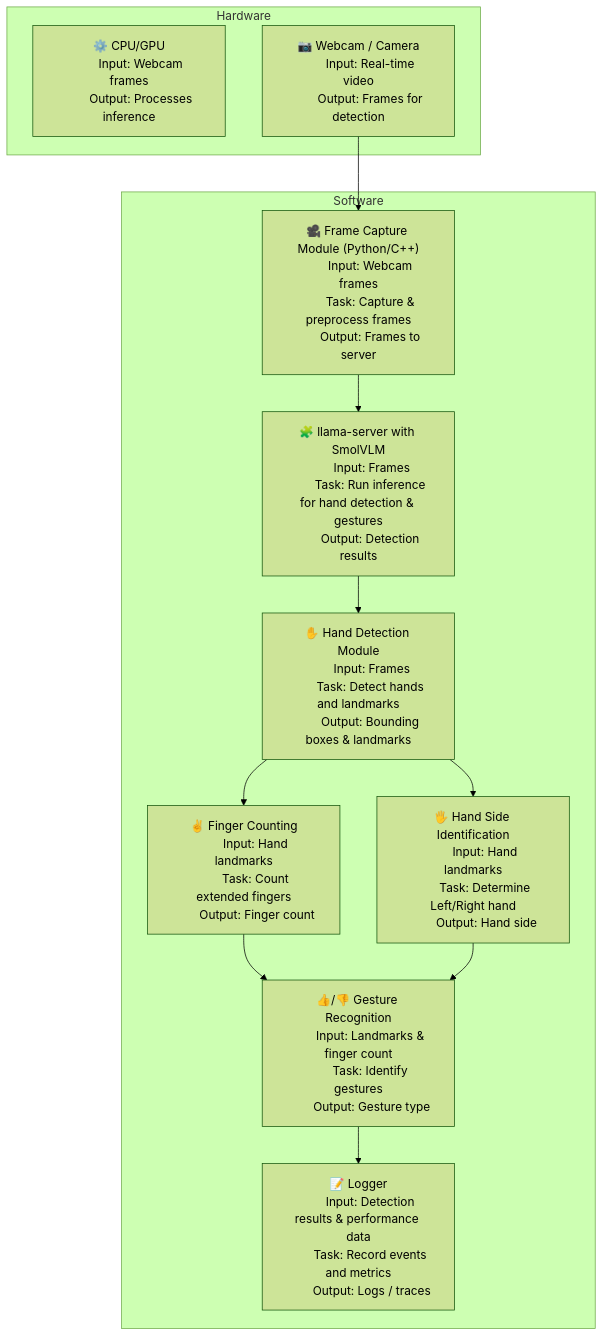
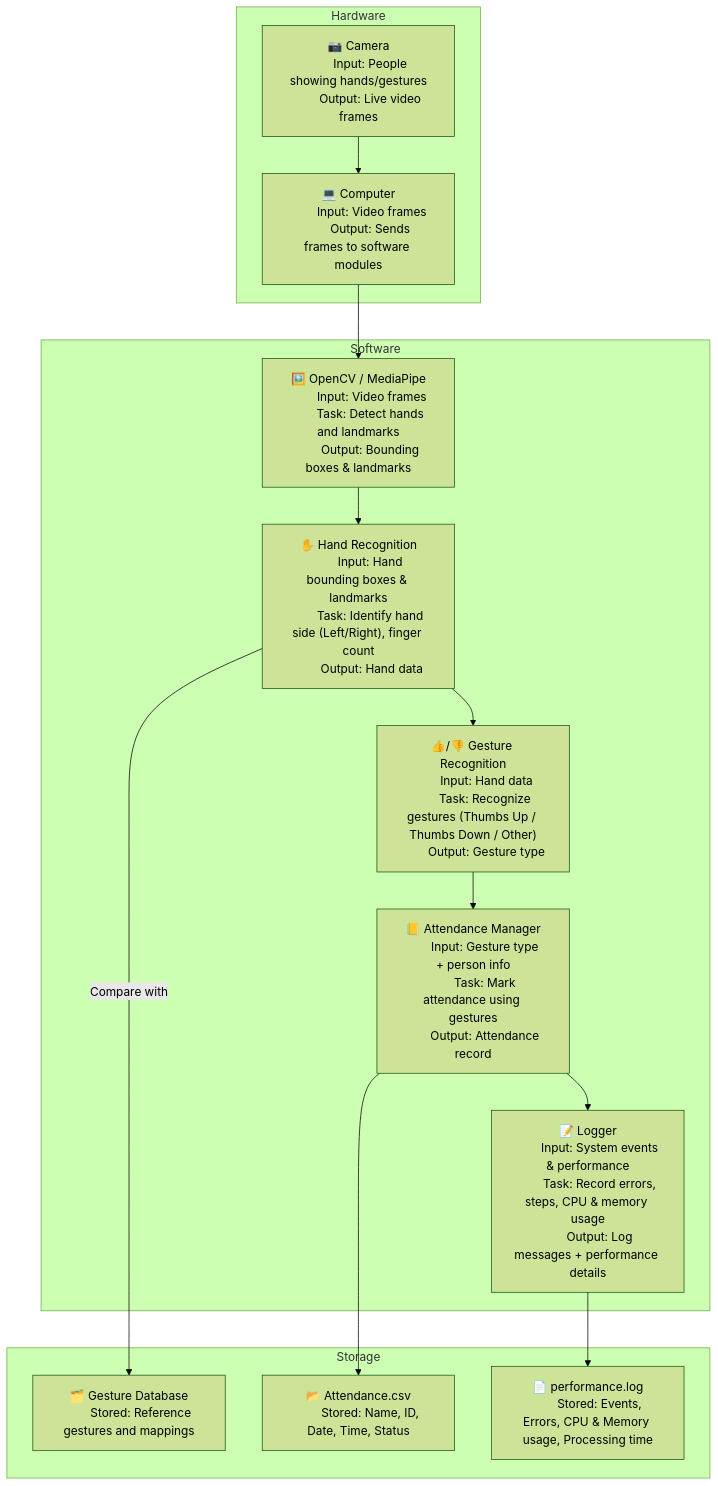
The diagram in task_2_smolvlm_doc (2).md (Nithinnithu0610/GRL), drawn with Mermaid (forest theme) before and after one commit.

Commit message:
Update task_2_smolvlm_doc (2).md

````diff
--- a/task_2_smolvlm_doc (2).md
+++ b/task_2_smolvlm_doc (2).md
@@ -3,62 +3,65 @@
 ```mermaid
 graph TD
 
     %% Hardware
     subgraph Hardware
-        CPU["⚙️ CPU/GPU
-        Input: Webcam frames
-        Output: Processes inference"]
+        Camera["📷 Camera
+        Input: People showing hands/gestures
+        Output: Live video frames"]
 
-        Webcam["📷 Webcam / Camera
-        Input: Real-time video
-        Output: Frames for detection"]
+        Computer["💻 Computer
+        Input: Video frames
+        Output: Sends frames to software modules"]
     end
 
     %% Software
     subgraph Software
-        FrameCapture["🎥 Frame Capture Module (Python/C++)
-        Input: Webcam frames
-        Task: Capture & preprocess frames
-        Output: Frames to server"]
-
-        LLamaServer["🧩 llama-server with SmolVLM
-        Input: Frames
-        Task: Run inference for hand detection & gestures
-        Output: Detection results"]
-
-        HandDetection["✋ Hand Detection Module
-        Input: Frames
+        OpenCV["🖼️ OpenCV / MediaPipe
+        Input: Video frames
         Task: Detect hands and landmarks
         Output: Bounding boxes & landmarks"]
 
-        HandSide["🖐 Hand Side Identification
-        Input: Hand landmarks
-        Task: Determine Left/Right hand
-        Output: Hand side"]
-
-        FingerCounting["✌ Finger Counting
-        Input: Hand landmarks
-        Task: Count extended fingers
-        Output: Finger count"]
+        HandRecognition["✋ Hand Recognition
+        Input: Hand bounding boxes & landmarks
+        Task: Identify hand side (Left/Right), finger count
+        Output: Hand data"]
 
         GestureRecognition["👍/👎 Gesture Recognition
-        Input: Landmarks & finger count
-        Task: Identify gestures
+        Input: Hand data
+        Task: Recognize gestures (Thumbs Up / Thumbs Down / Other)
         Output: Gesture type"]
 
+        AttendanceManager["📒 Attendance Manager
+        Input: Gesture type + person info
+        Task: Mark attendance using gestures
+        Output: Attendance record"]
+
         Logger["📝 Logger
-        Input: Detection results & performance data
-        Task: Record events and metrics
-        Output: Logs / traces"]
+        Input: System events & performance
+        Task: Record errors, steps, CPU & memory usage
+        Output: Log messages + performance details"]
+    end
+
+    %% Storage
+    subgraph Storage
+        GestureDB["🗂️ Gesture Database
+        Stored: Reference gestures and mappings"]
+
+        CSV["📂 Attendance.csv
+        Stored: Name, ID, Date, Time, Status"]
+
+        LogFile["📄 performance.log
+        Stored: Events, Errors, CPU & Memory usage, Processing time"]
     end
 
     %% Connections
-    Webcam --> FrameCapture
-    FrameCapture --> LLamaServer
-    LLamaServer --> HandDetection
-    HandDetection --> HandSide
-    HandDetection --> FingerCounting
-    FingerCounting --> GestureRecognition
-    HandSide --> GestureRecognition
-    GestureRecognition --> Logger
+    Camera --> Computer
+    Computer --> OpenCV
+    OpenCV --> HandRecognition
+    HandRecognition --> GestureRecognition
+    GestureRecognition --> AttendanceManager
+    HandRecognition -->|Compare with| GestureDB
+    AttendanceManager --> CSV
+    AttendanceManager --> Logger
+    Logger --> LogFile
 ```
````
